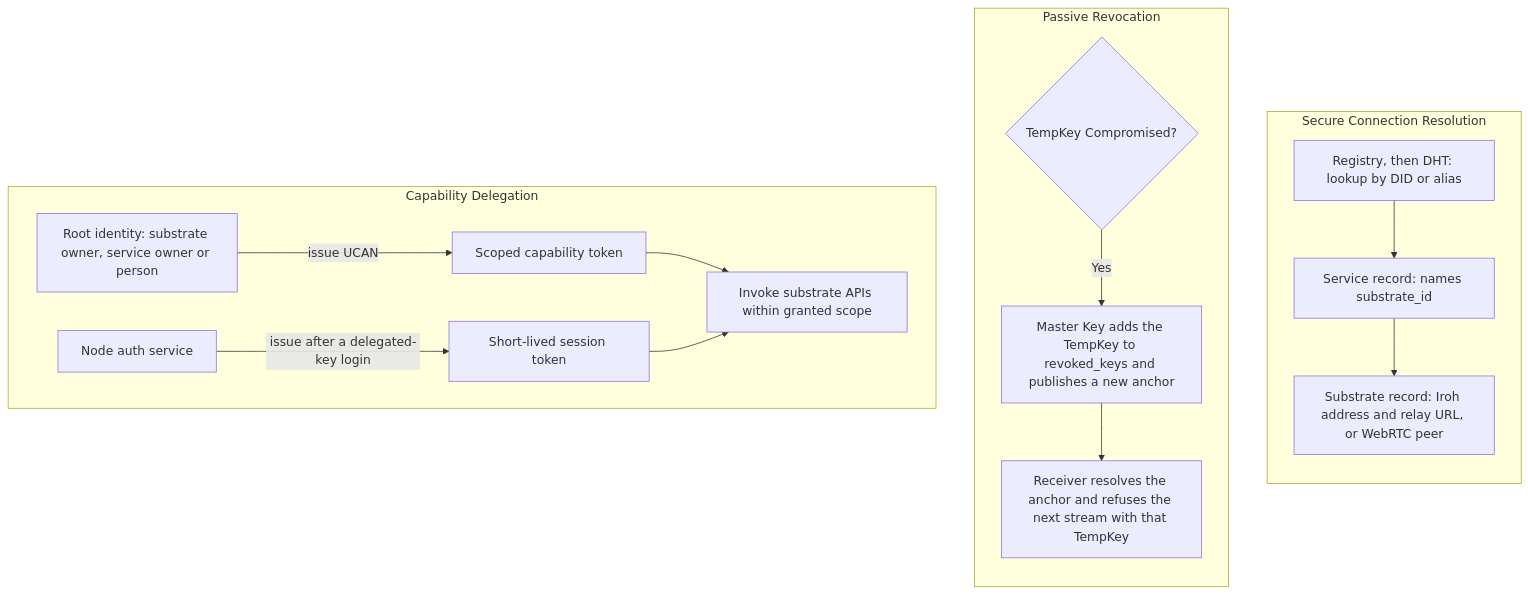
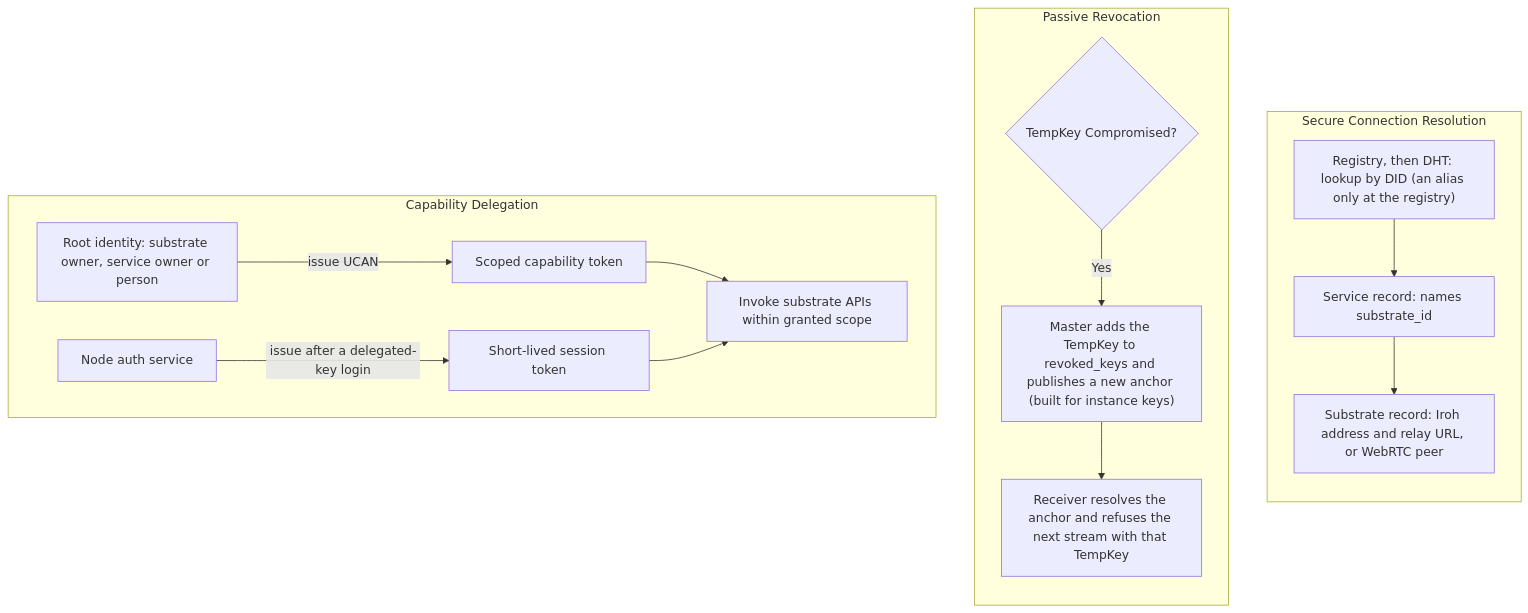
One commit to syneroym/syneroym changed the tenth of 23 diagrams in docs/system-architecture.md. Above: the diagram before and after it, drawn with Mermaid. The commit also changed other lines of this file and 3 other files, not shown here.

First line of the commit message:
docs(architecture): fix stage 2 findings S7

````diff
--- a/docs/system-architecture.md
+++ b/docs/system-architecture.md
@@ -829,25 +831,25 @@
 ```mermaid
 flowchart TD
     subgraph RESOLUTION["Secure Connection Resolution"]
         direction TB
-        REG["Registry, then DHT: lookup by DID or alias"]
+        REG["Registry, then DHT: lookup by DID (an alias only at the registry)"]
         SVC_REC["Service record: names substrate_id"]
         SUB_REC["Substrate record: Iroh address and relay URL, or WebRTC peer"]
 
         REG --> SVC_REC --> SUB_REC
     end
 
     subgraph REVOCATION["Passive Revocation"]
         direction TB
         COMP{TempKey Compromised?}
-        COMP -->|Yes| UPD[Master Key adds the TempKey to revoked_keys and publishes a new anchor]
+        COMP -->|Yes| UPD["Master adds the TempKey to revoked_keys and publishes a new anchor (built for instance keys)"]
         UPD --> FAIL[Receiver resolves the anchor and refuses the next stream with that TempKey]
     end
 
     subgraph DELEGATION["Capability Delegation"]
         ROOT["Root identity: substrate owner, service owner or person"] -->|"issue UCAN"| APP[Scoped capability token]
         AUTH["Node auth service"] -->|"issue after a delegated-key login"| CONSUMER_TOK[Short-lived session token]
         APP --> INVOKE[Invoke substrate APIs within granted scope]
         CONSUMER_TOK --> INVOKE
     end
 ```
````
